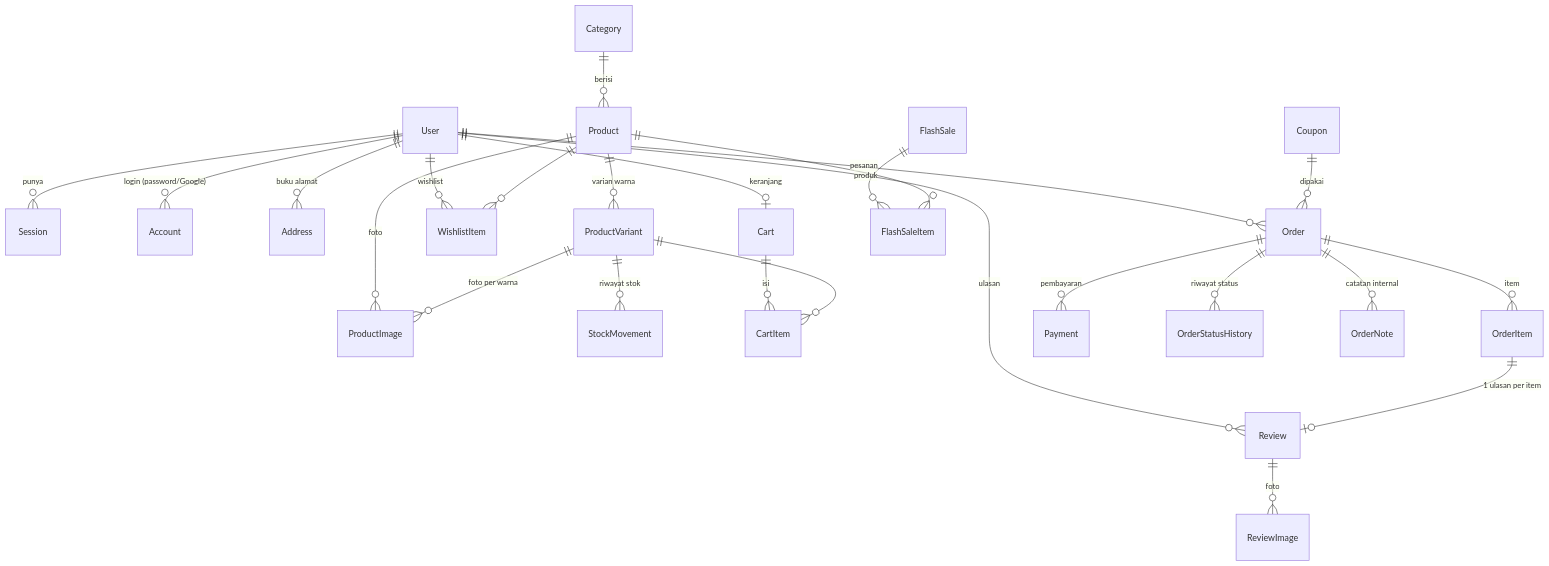
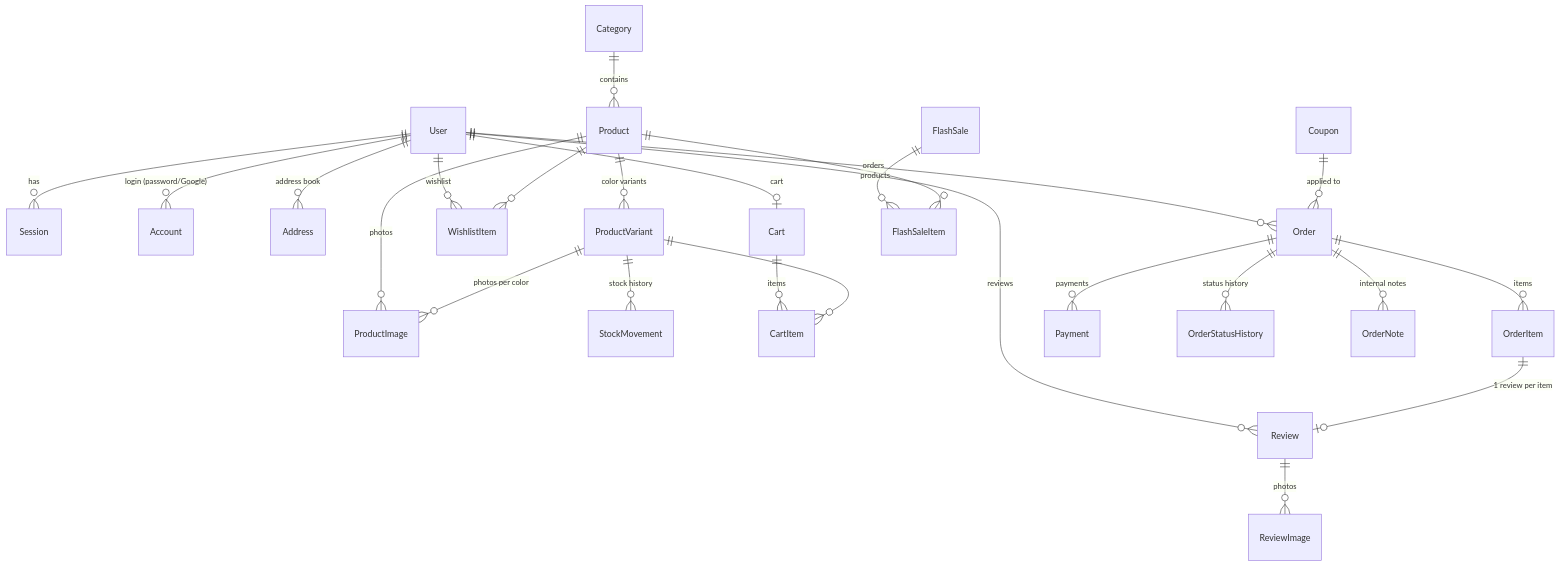
Before and after one commit to herdiantristyantono/zel-shop-web: the diagram in docs/DATABASE.md, drawn with Mermaid. The commit also changed other lines of this file and 3 other files, not shown here.

````diff
--- a/docs/DATABASE.md
+++ b/docs/DATABASE.md
@@ -13,31 +13,31 @@
 ```mermaid
 erDiagram
-  User ||--o{ Session : punya
+  User ||--o{ Session : has
   User ||--o{ Account : "login (password/Google)"
-  User ||--o{ Address : "buku alamat"
-  User ||--o| Cart : keranjang
+  User ||--o{ Address : "address book"
+  User ||--o| Cart : cart
   User ||--o{ WishlistItem : wishlist
-  User ||--o{ Order : pesanan
-  User ||--o{ Review : ulasan
+  User ||--o{ Order : orders
+  User ||--o{ Review : reviews
 
-  Category ||--o{ Product : berisi
-  Product ||--o{ ProductVariant : "varian warna"
-  Product ||--o{ ProductImage : foto
-  ProductVariant ||--o{ ProductImage : "foto per warna"
-  ProductVariant ||--o{ StockMovement : "riwayat stok"
+  Category ||--o{ Product : contains
+  Product ||--o{ ProductVariant : "color variants"
+  Product ||--o{ ProductImage : photos
+  ProductVariant ||--o{ ProductImage : "photos per color"
+  ProductVariant ||--o{ StockMovement : "stock history"
 
-  Cart ||--o{ CartItem : isi
+  Cart ||--o{ CartItem : items
   ProductVariant ||--o{ CartItem : ""
   Product ||--o{ WishlistItem : ""
 
-  Order ||--o{ OrderItem : item
-  Order ||--o{ Payment : pembayaran
-  Order ||--o{ OrderStatusHistory : "riwayat status"
-  Order ||--o{ OrderNote : "catatan internal"
-  Coupon ||--o{ Order : dipakai
-  OrderItem ||--o| Review : "1 ulasan per item"
-  Review ||--o{ ReviewImage : foto
+  Order ||--o{ OrderItem : items
+  Order ||--o{ Payment : payments
+  Order ||--o{ OrderStatusHistory : "status history"
+  Order ||--o{ OrderNote : "internal notes"
+  Coupon ||--o{ Order : "applied to"
+  OrderItem ||--o| Review : "1 review per item"
+  Review ||--o{ ReviewImage : photos
 
-  FlashSale ||--o{ FlashSaleItem : produk
+  FlashSale ||--o{ FlashSaleItem : products
   Product ||--o{ FlashSaleItem : ""
 ```
````
